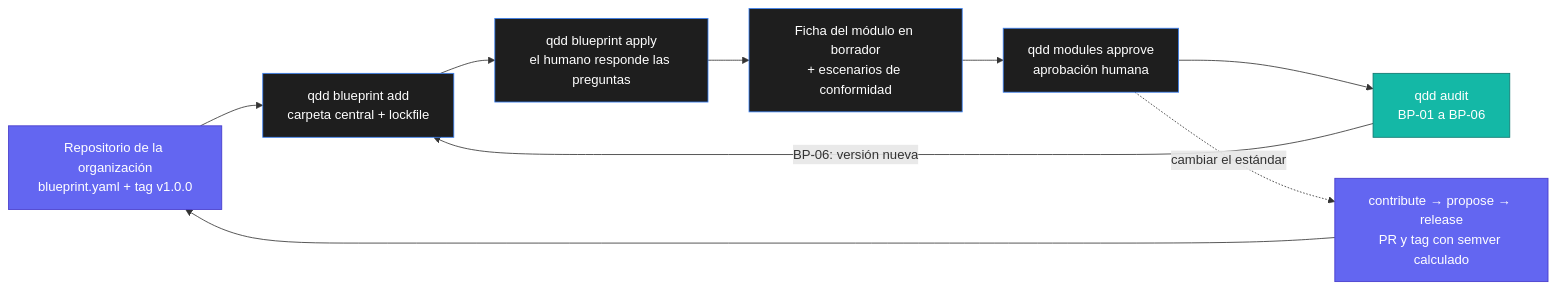
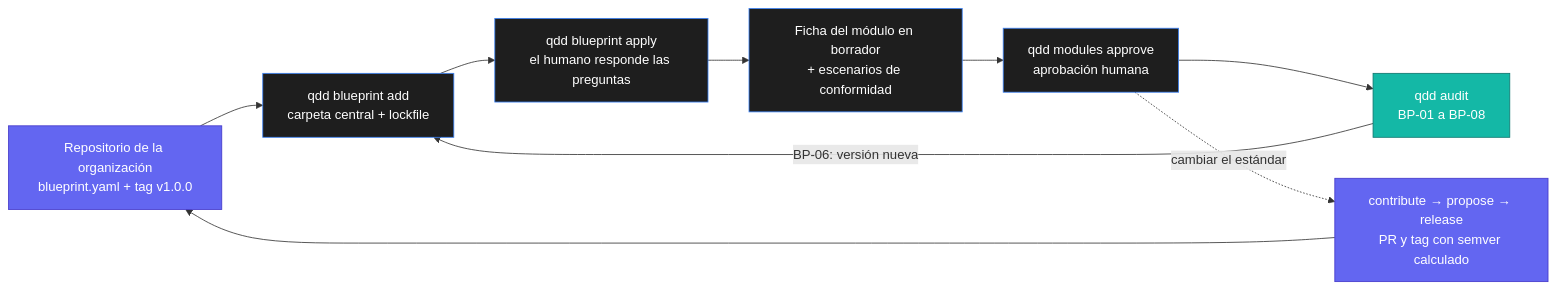
Before and after one commit to trdago/qdd-framework: the diagram in docs/blueprints.md, drawn with Mermaid. The commit also changed other lines of this file and 33 other files, not shown here.

````diff
--- a/docs/blueprints.md
+++ b/docs/blueprints.md
@@ -18,16 +18,16 @@
 ```mermaid
 graph LR
     classDef org fill:#6366f1,stroke:#4338ca,color:#fff;
     classDef proj fill:#1e1e1e,stroke:#3b82f6,color:#fff;
     classDef gate fill:#14b8a6,stroke:#0f766e,color:#fff;
     R["Repositorio de la organización<br/>blueprint.yaml + tag v1.0.0"]:::org
     A["qdd blueprint add<br/>carpeta central + lockfile"]:::proj
     P["qdd blueprint apply<br/>el humano responde las preguntas"]:::proj
     F["Ficha del módulo en borrador<br/>+ escenarios de conformidad"]:::proj
     H["qdd modules approve<br/>aprobación humana"]:::proj
-    G["qdd audit<br/>BP-01 a BP-06"]:::gate
+    G["qdd audit<br/>BP-01 a BP-08"]:::gate
     C["contribute → propose → release<br/>PR y tag con semver calculado"]:::org
     R --> A --> P --> F --> H --> G
     G -- BP-06: versión nueva --> A
     H -. cambiar el estándar .-> C --> R
 ```
````
